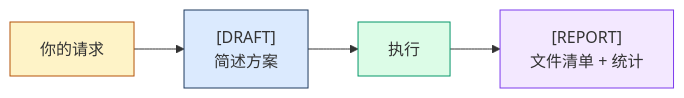
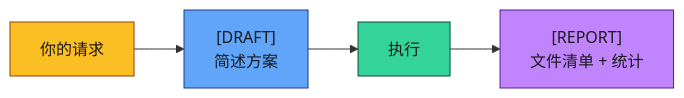
One commit to shiqkuangsan/oh-my-daily-skills changed the second of 6 diagrams in docs/ming-court-code/guide_cn.md. Above: the diagram before and after it, drawn with Mermaid. The commit also changed other lines of this file and 1 other file, not shown here.

First line of the commit message:
style(ming-court-code): boost Mermaid diagram colors for GitHub dark mode

````diff
--- a/docs/ming-court-code/guide_cn.md
+++ b/docs/ming-court-code/guide_cn.md
@@ -37,11 +37,11 @@
 ```mermaid
 graph LR
     E["你的请求"] --> D["[DRAFT]<br/>简述方案"]
     D --> X["执行"]
     X --> R["[REPORT]<br/>文件清单 + 统计"]
 
-    style E fill:#fef3c7,stroke:#b45309
-    style D fill:#dbeafe,stroke:#1e3a5f
-    style X fill:#dcfce7,stroke:#059669
-    style R fill:#f3e8ff,stroke:#7c3aed
+    style E fill:#fbbf24,stroke:#92400e,color:#1a1a1a
+    style D fill:#60a5fa,stroke:#1e3a8a,color:#1a1a1a
+    style X fill:#34d399,stroke:#064e3b,color:#1a1a1a
+    style R fill:#c084fc,stroke:#581c87,color:#1a1a1a
 ```
````
